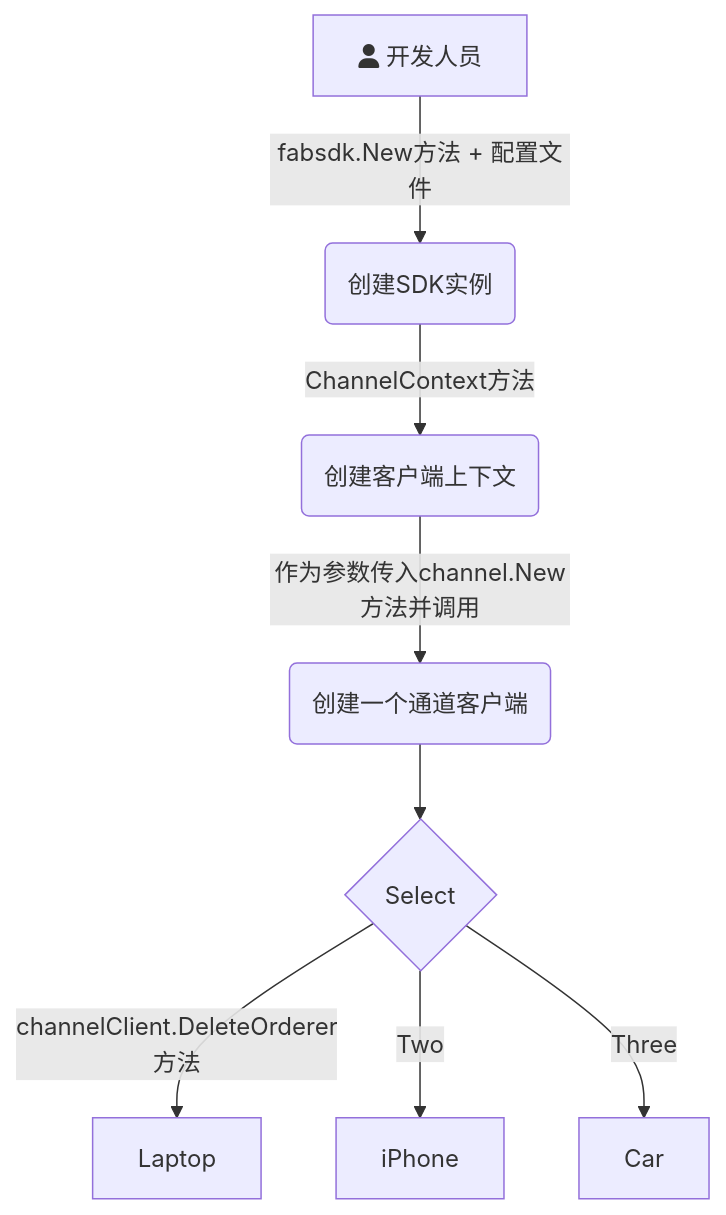
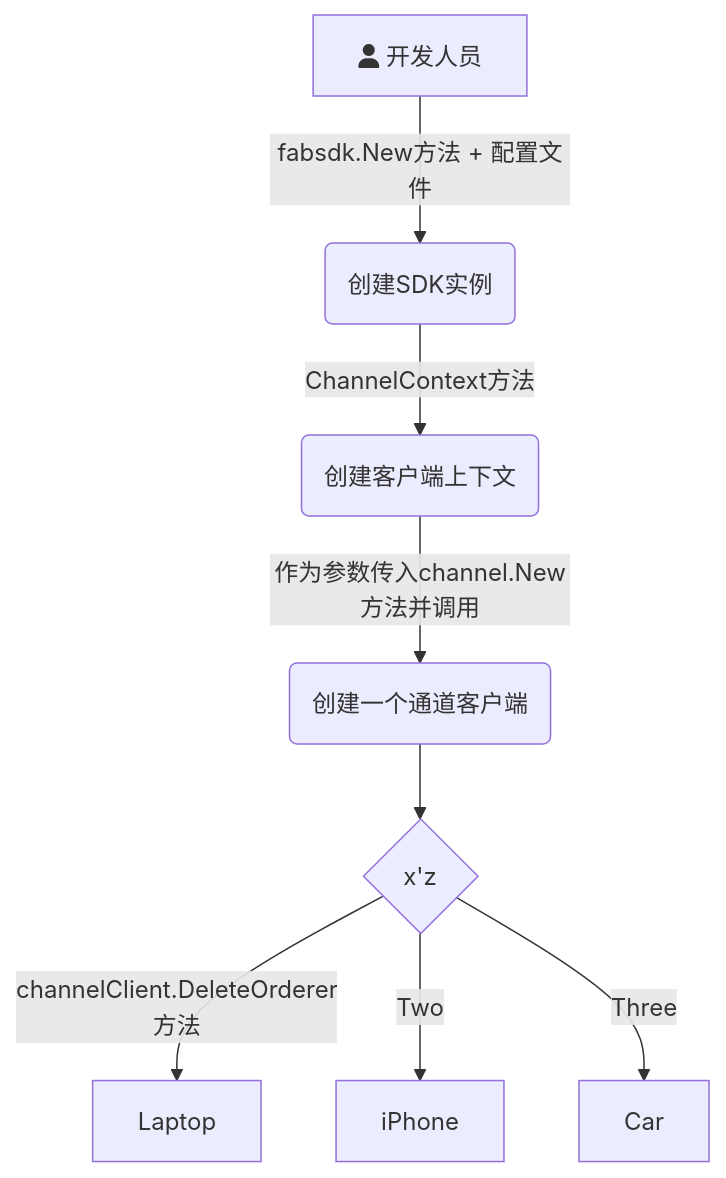
The diagram in all/未命名.md (Utekichan/iodraw-files), drawn with Mermaid before and after one commit.

Commit message:
2024-03-30 22:21:38 update

````diff
--- a/all/未命名.md
+++ b/all/未命名.md
@@ -1,11 +1,11 @@
 ```mermaid
 graph TD
     A[fa:fa-user 开发人员] -->|fabsdk.New方法 + 配置文件| B(创建SDK实例)
     B-->|ChannelContext方法| C(创建客户端上下文)
     C-->|作为参数传入channel.New方法并调用| D(创建一个通道客户端)
-    D --> E{Select}
+    D --> E{x'z}
     E -->|channelClient.DeleteOrderer方法| F[Laptop]
     E -->|Two| G[iPhone]
     E -->|Three| H[Car]
   
 ```
````
